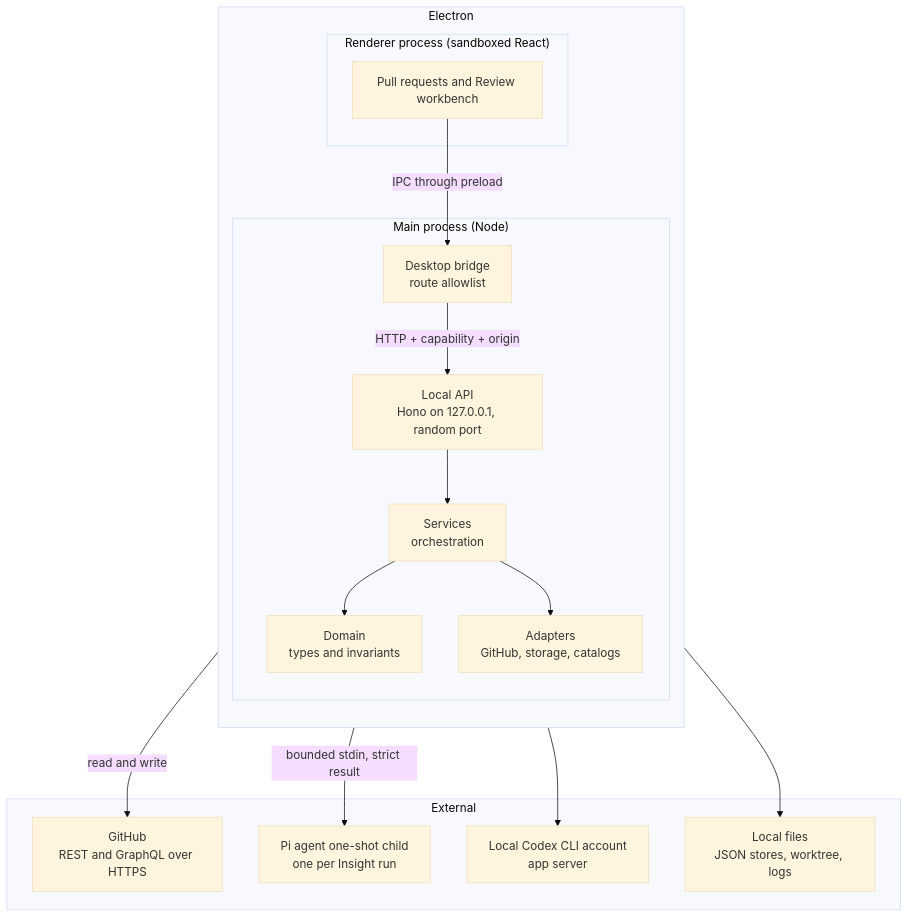
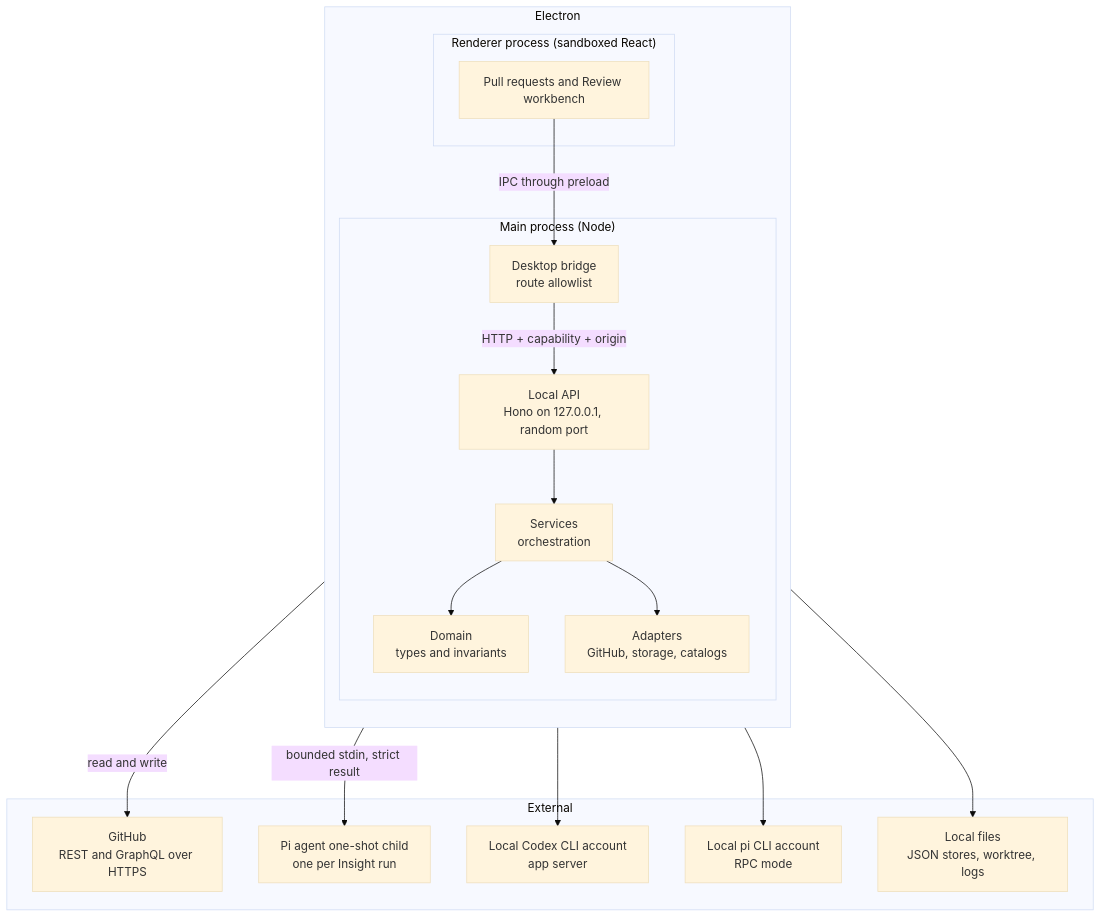
The diagram in docs/architecture.md (kwanpham2195/patchdesk), drawn with Mermaid (base theme) before and after one commit. The commit also changed other lines of this file and 8 other files, not shown here.

First line of the commit message:
docs(insights): document the pi CLI account provider

````diff
--- a/docs/architecture.md
+++ b/docs/architecture.md
@@ -19,31 +19,33 @@
 ```mermaid
 flowchart TB
     subgraph Electron
         direction TB
         subgraph Renderer["Renderer process (sandboxed React)"]
             UI["Pull requests and Review workbench"]
         end
         subgraph Main["Main process (Node)"]
             Bridge["Desktop bridge<br/>route allowlist"]
             API["Local API<br/>Hono on 127.0.0.1, random port"]
             Services["Services<br/>orchestration"]
             Domain["Domain<br/>types and invariants"]
             Adapters["Adapters<br/>GitHub, storage, catalogs"]
         end
     end
     subgraph External["External"]
         GitHub["GitHub<br/>REST and GraphQL over HTTPS"]
         Insight["Pi agent one-shot child<br/>one per Insight run"]
         Codex["Local Codex CLI account<br/>app server"]
+        PiCli["Local pi CLI account<br/>RPC mode"]
         Files["Local files<br/>JSON stores, worktree, logs"]
     end
     UI -- "IPC through preload" --> Bridge
     Bridge -- "HTTP + capability + origin" --> API
     API --> Services
     Services --> Domain
     Services --> Adapters
     Adapters -- "read and write" --> GitHub
     Adapters --> Files
     Services -- "bounded stdin, strict result" --> Insight
     Services --> Codex
+    Services --> PiCli
 ```
````
